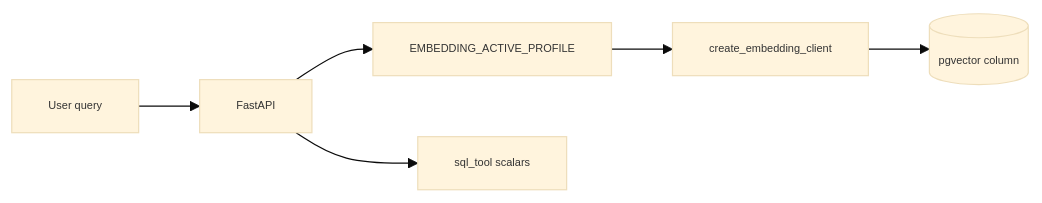
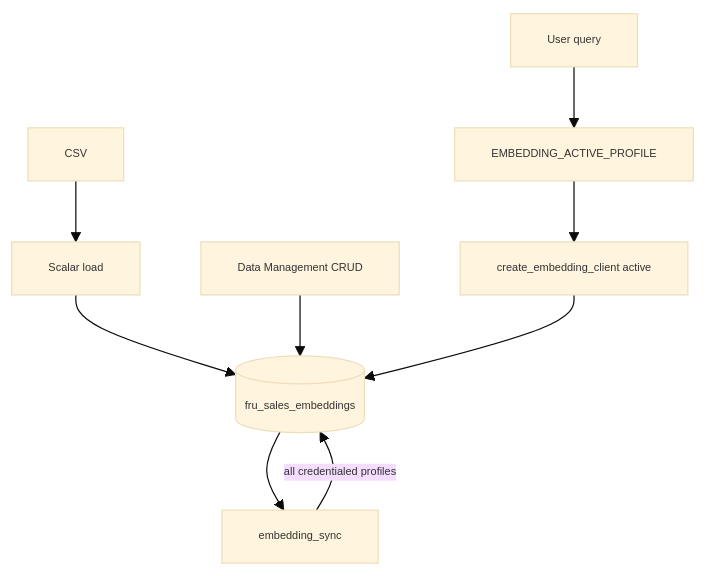
The diagram in docs/BYTEPLUS_AWS_GCP_REFERENCE.md (horselord-joe-8053/ultra-fru-genai-analytics-new), drawn with Mermaid before and after one commit. The commit also changed other lines of this file and 88 other files, not shown here.

First line of the commit message:
Add dual-profile embedding sync service and improve local deploy UX.

````diff
--- a/docs/BYTEPLUS_AWS_GCP_REFERENCE.md
+++ b/docs/BYTEPLUS_AWS_GCP_REFERENCE.md
@@ -34,9 +46,12 @@
 ```mermaid
 %%{init: {'theme':'base', 'themeVariables': {'fontSize':'9px'}}}%%
-flowchart LR
-  Q[User query] --> API[FastAPI]
-  API --> PROF[EMBEDDING_ACTIVE_PROFILE]
-  PROF --> EMB[create_embedding_client]
-  EMB --> PG[(pgvector column)]
-  API --> SQL[sql_tool scalars]
+flowchart TD
+  CSV[CSV] --> SCALAR[Scalar load]
+  SCALAR --> PG[(fru_sales_embeddings)]
+  UI[Data Management CRUD] --> PG
+  PG --> SYNC[embedding_sync]
+  SYNC -->|all credentialed profiles| PG
+  Q[User query] --> PROF[EMBEDDING_ACTIVE_PROFILE]
+  PROF --> EMB[create_embedding_client active]
+  EMB --> PG
 ```
````
